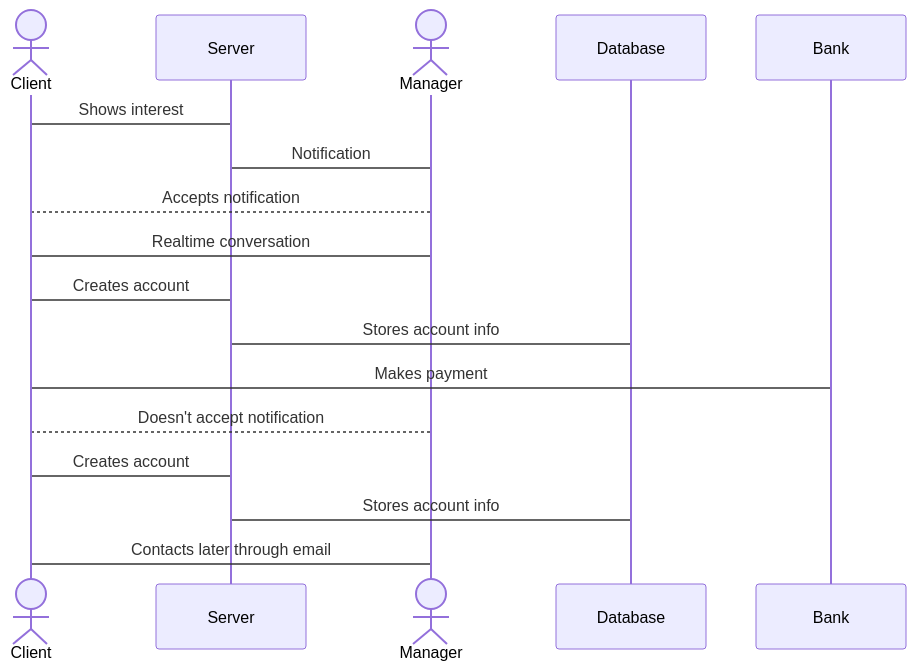
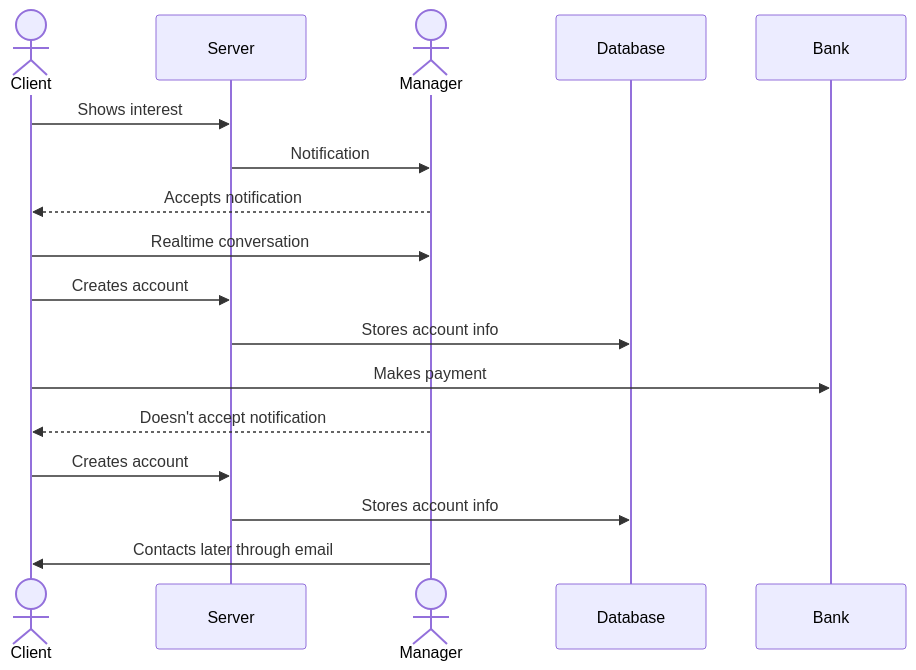
The diagram in README.md (AydenSwain/startup), drawn with Mermaid before and after one commit.

Commit message:
Fix formatting of interaction diagram in README

````diff
--- a/README.md
+++ b/README.md
@@ -39,20 +39,20 @@
 ```mermaid
 sequenceDiagram
     actor Client
     participant Server
     actor Manager
     participant Database
     participant Bank
 
-    Client->Server: Shows interest
-    Server->Manager: Notification
-    Manager-->Client: Accepts notification
-    Client->Manager: Realtime conversation
-    Client->Server: Creates account
-    Server->Database: Stores account info
-    Client->Bank: Makes payment
-    Manager-->Client: Doesn't accept notification
-    Client->Server: Creates account
-    Server->Database: Stores account info
-    Manager->Client: Contacts later through email
+    Client->>Server: Shows interest
+    Server->>Manager: Notification
+    Manager-->>Client: Accepts notification
+    Client->>Manager: Realtime conversation
+    Client->>Server: Creates account
+    Server->>Database: Stores account info
+    Client->>Bank: Makes payment
+    Manager-->>Client: Doesn't accept notification
+    Client->>Server: Creates account
+    Server->>Database: Stores account info
+    Manager->>Client: Contacts later through email
 ```
````
